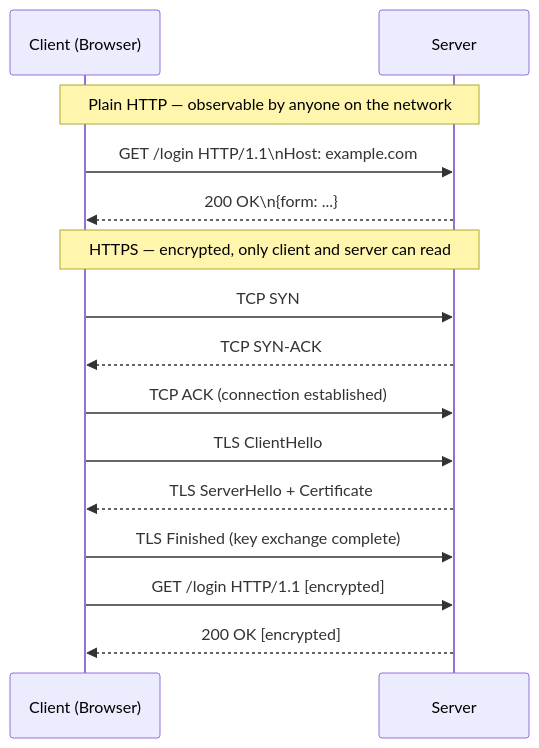
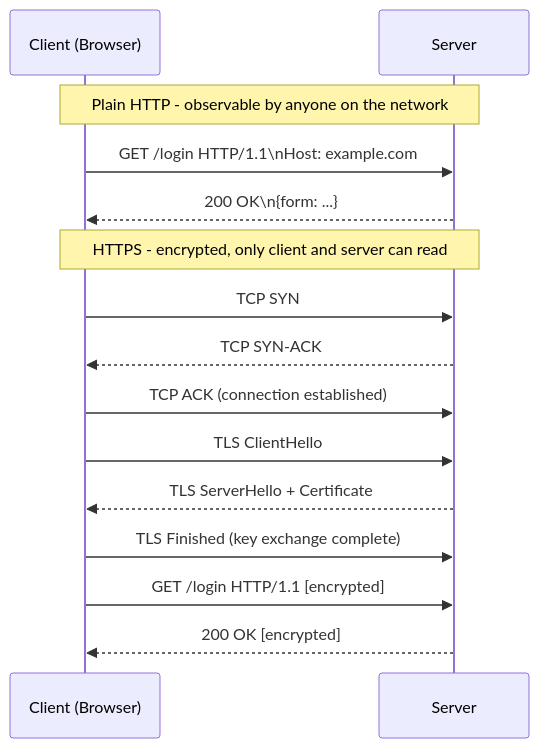
One commit to b-balakrishna/system-design changed the first of 3 diagrams in phase-2-foundations/topic-2-http-and-https.md. Above: the diagram before and after it, drawn with Mermaid. The commit also changed other lines of this file and 165 other files, not shown here.

Commit message:
feat: add comprehensive system design documentation covering foundations, backend, frontend, distributed systems, and AI/ML architectures

````diff
--- a/phase-2-foundations/topic-2-http-and-https.md
+++ b/phase-2-foundations/topic-2-http-and-https.md
@@ -15,19 +15,19 @@
 ```mermaid
 sequenceDiagram
     participant C as Client (Browser)
     participant S as Server
 
-    Note over C,S: Plain HTTP — observable by anyone on the network
+    Note over C,S: Plain HTTP  -  observable by anyone on the network
     C->>S: GET /login HTTP/1.1\nHost: example.com
     S-->>C: 200 OK\n{form: ...}
 
-    Note over C,S: HTTPS — encrypted, only client and server can read
+    Note over C,S: HTTPS  -  encrypted, only client and server can read
     C->>S: TCP SYN
     S-->>C: TCP SYN-ACK
     C->>S: TCP ACK (connection established)
     C->>S: TLS ClientHello
     S-->>C: TLS ServerHello + Certificate
     C->>S: TLS Finished (key exchange complete)
     C->>S: GET /login HTTP/1.1 [encrypted]
     S-->>C: 200 OK [encrypted]
 ```
````
